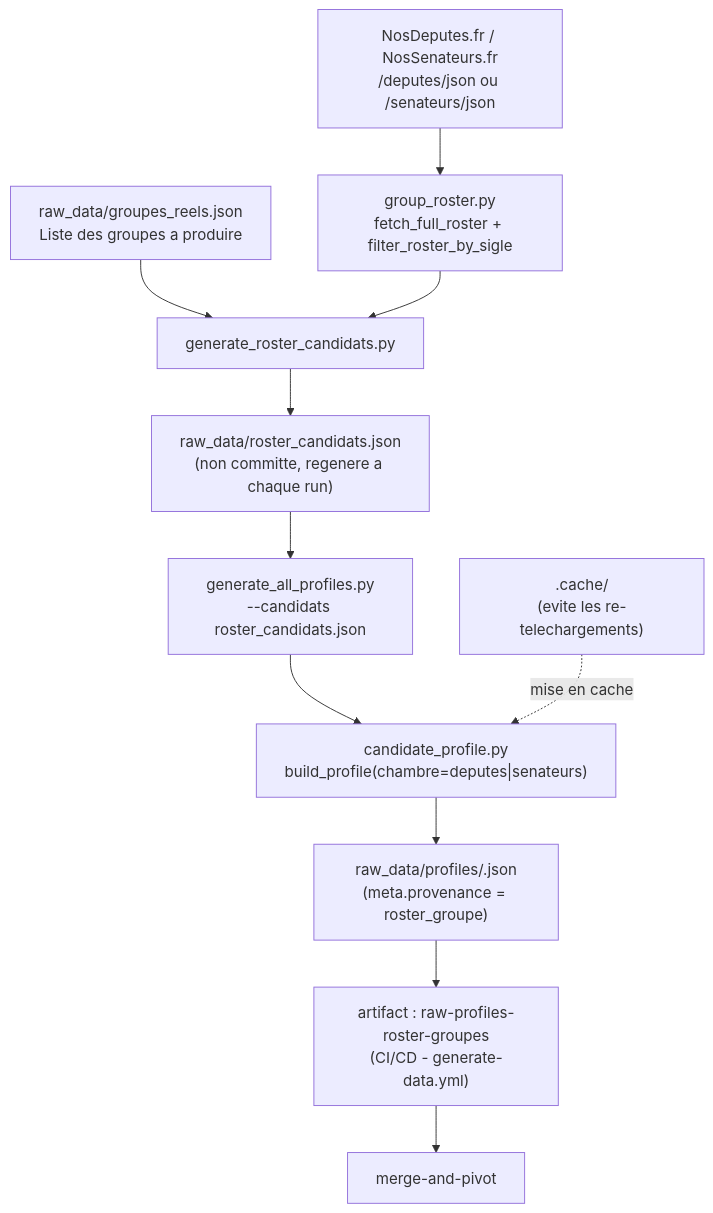
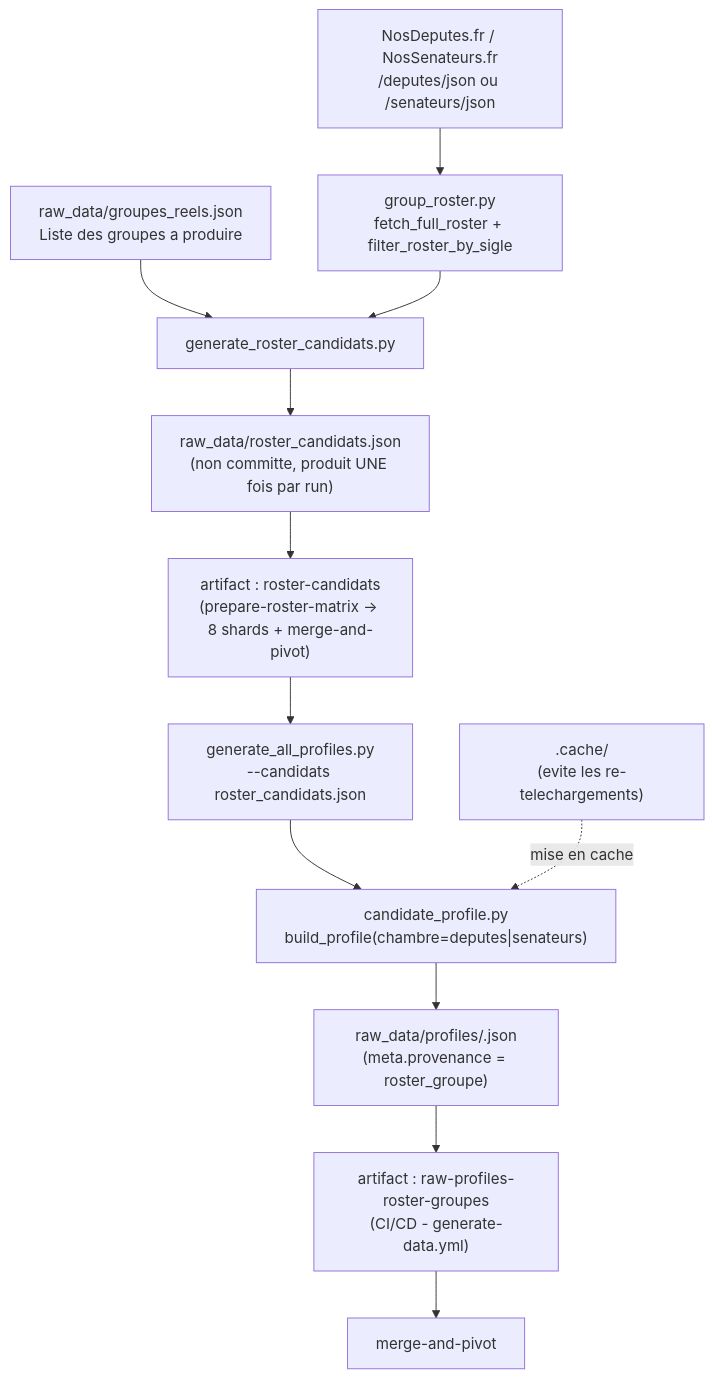
One commit to stephieED/Empreinte-politique-src changed the diagram in docs/extract-roster-groupes.md. Above: the diagram before and after it, drawn with Mermaid. The commit also changed other lines of this file and 11 other files, not shown here.

````diff
--- a/docs/extract-roster-groupes.md
+++ b/docs/extract-roster-groupes.md
@@ -117,18 +117,19 @@
 ```mermaid
 flowchart TD
     G0["raw_data/groupes_reels.json\nListe des groupes a produire"] --> RC["generate_roster_candidats.py"]
 
     NS["NosDeputes.fr / NosSenateurs.fr\n/deputes/json ou /senateurs/json"] --> GR["group_roster.py\nfetch_full_roster + filter_roster_by_sigle"]
     GR --> RC
 
-    RC --> RCJ["raw_data/roster_candidats.json\n(non committe, regenere a chaque run)"]
+    RC --> RCJ["raw_data/roster_candidats.json\n(non committe, produit UNE fois par run)"]
 
-    RCJ --> B["generate_all_profiles.py\n--candidats roster_candidats.json"]
+    RCJ --> ART["artifact : roster-candidats\n(prepare-roster-matrix -> 8 shards + merge-and-pivot)"]
+    ART --> B["generate_all_profiles.py\n--candidats roster_candidats.json"]
     B --> C["candidate_profile.py\nbuild_profile(chambre=deputes|senateurs)"]
 
     CACHE[".cache/\n(evite les re-telechargements)"] -. mise en cache .-> C
 
     C --> D["raw_data/profiles/<slug>.json\n(meta.provenance = roster_groupe)"]
     D --> E["artifact : raw-profiles-roster-groupes\n(CI/CD - generate-data.yml)"]
     E --> F["merge-and-pivot"]
 ```
````
